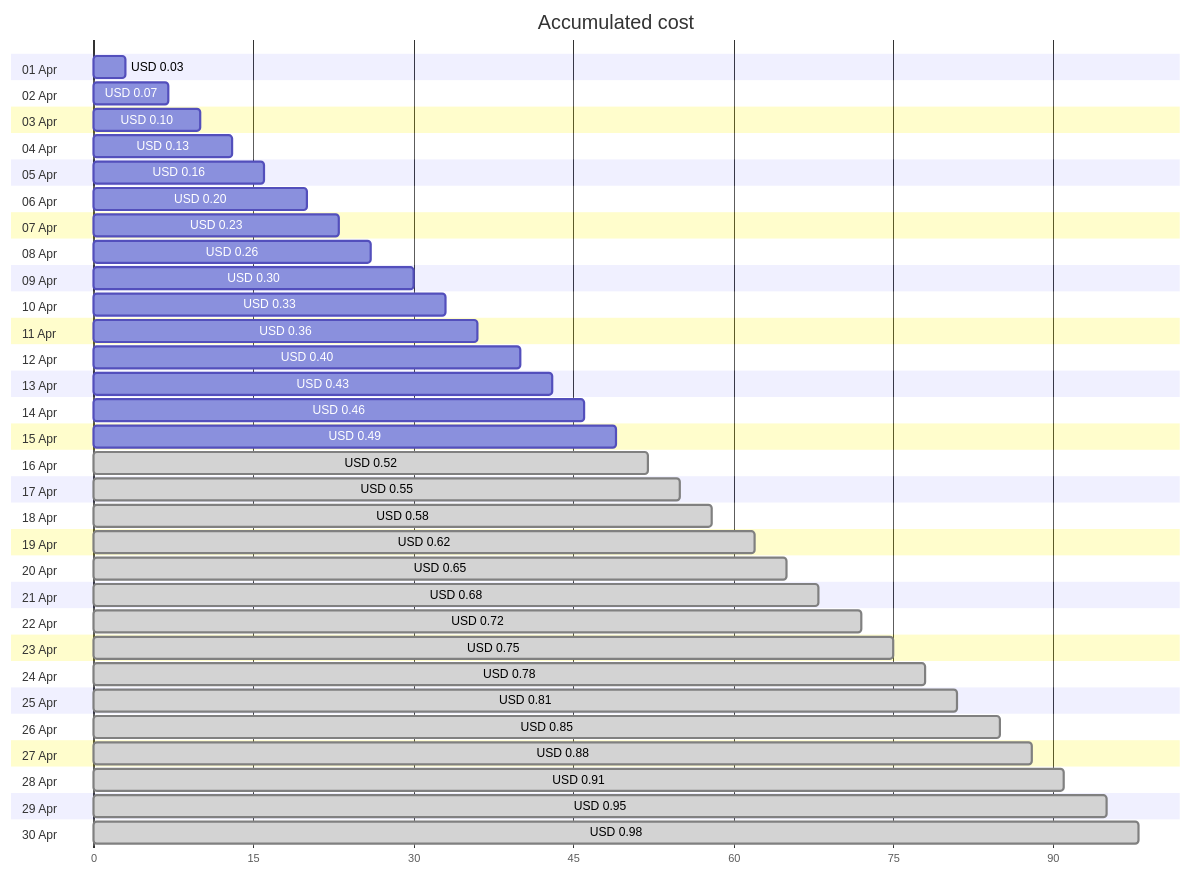
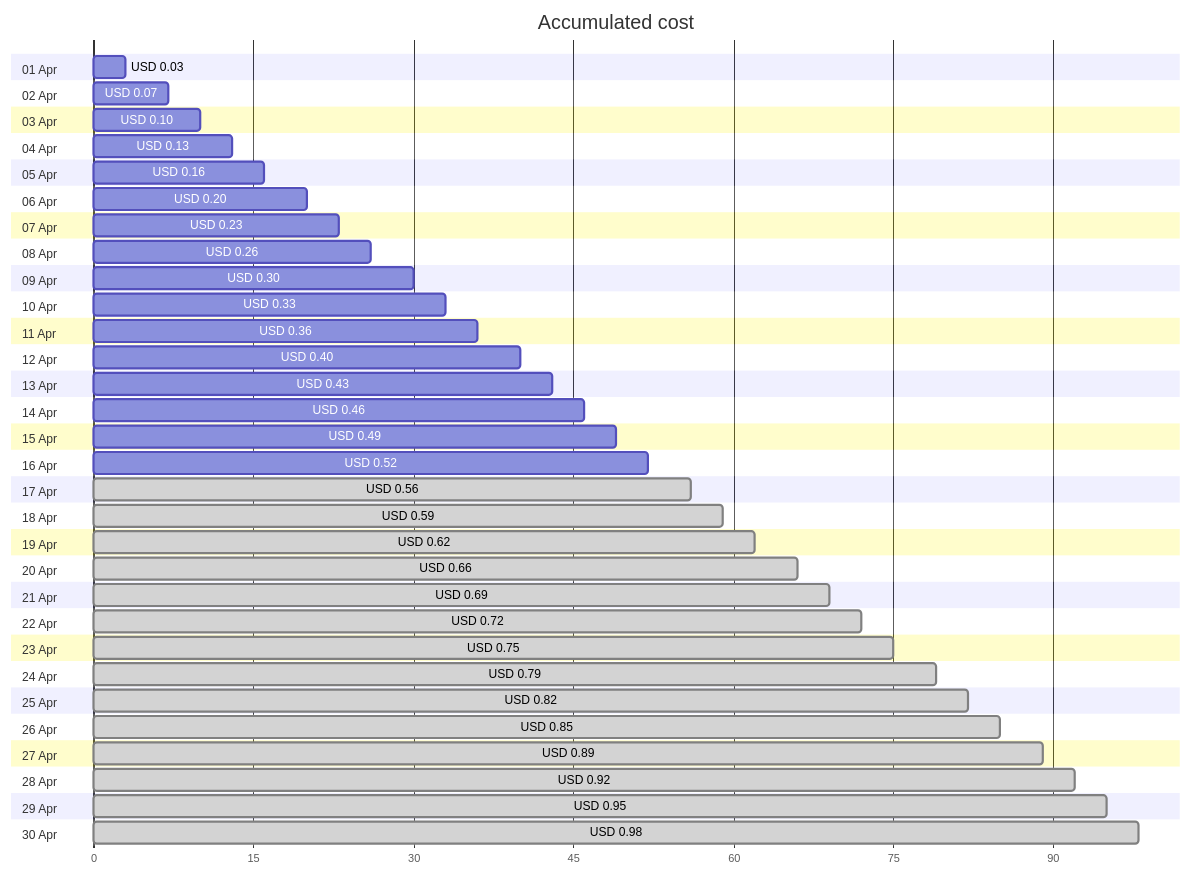
Before and after one commit to jpfulton/azure-personal-reports: the first of 4 diagrams in cost-reports/personal-dns/README.md, drawn with Mermaid. The commit also changed other lines of this file and 2 other files, not shown here.

````diff
--- a/cost-reports/personal-dns/README.md
+++ b/cost-reports/personal-dns/README.md
@@ -20,66 +20,66 @@
 ```mermaid
 gantt
    title Accumulated cost
    dateFormat  X
    axisFormat %s
    section 01 Apr
    USD 0.03 :0, 3
    section 02 Apr
    USD 0.07 :0, 7
    section 03 Apr
    USD 0.10 :0, 10
    section 04 Apr
    USD 0.13 :0, 13
    section 05 Apr
    USD 0.16 :0, 16
    section 06 Apr
    USD 0.20 :0, 20
    section 07 Apr
    USD 0.23 :0, 23
    section 08 Apr
    USD 0.26 :0, 26
    section 09 Apr
    USD 0.30 :0, 30
    section 10 Apr
    USD 0.33 :0, 33
    section 11 Apr
    USD 0.36 :0, 36
    section 12 Apr
    USD 0.40 :0, 40
    section 13 Apr
    USD 0.43 :0, 43
    section 14 Apr
    USD 0.46 :0, 46
    section 15 Apr
    USD 0.49 :0, 49
    section 16 Apr
-   USD 0.52 : done, 0, 52
+   USD 0.52 :0, 52
    section 17 Apr
-   USD 0.55 : done, 0, 55
+   USD 0.56 : done, 0, 56
    section 18 Apr
-   USD 0.58 : done, 0, 58
+   USD 0.59 : done, 0, 59
    section 19 Apr
    USD 0.62 : done, 0, 62
    section 20 Apr
-   USD 0.65 : done, 0, 65
+   USD 0.66 : done, 0, 66
    section 21 Apr
-   USD 0.68 : done, 0, 68
+   USD 0.69 : done, 0, 69
    section 22 Apr
    USD 0.72 : done, 0, 72
    section 23 Apr
    USD 0.75 : done, 0, 75
    section 24 Apr
-   USD 0.78 : done, 0, 78
+   USD 0.79 : done, 0, 79
    section 25 Apr
-   USD 0.81 : done, 0, 81
+   USD 0.82 : done, 0, 82
    section 26 Apr
    USD 0.85 : done, 0, 85
    section 27 Apr
-   USD 0.88 : done, 0, 88
+   USD 0.89 : done, 0, 89
    section 28 Apr
-   USD 0.91 : done, 0, 91
+   USD 0.92 : done, 0, 92
    section 29 Apr
    USD 0.95 : done, 0, 95
    section 30 Apr
    USD 0.98 : done, 0, 98
 ```
````
